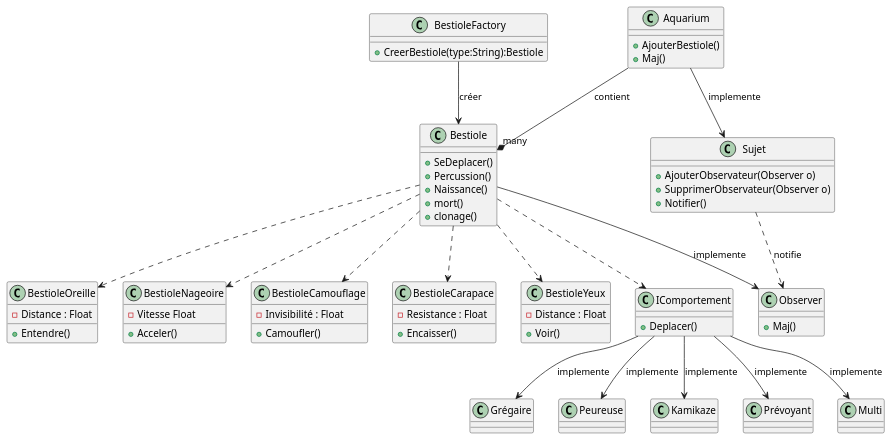
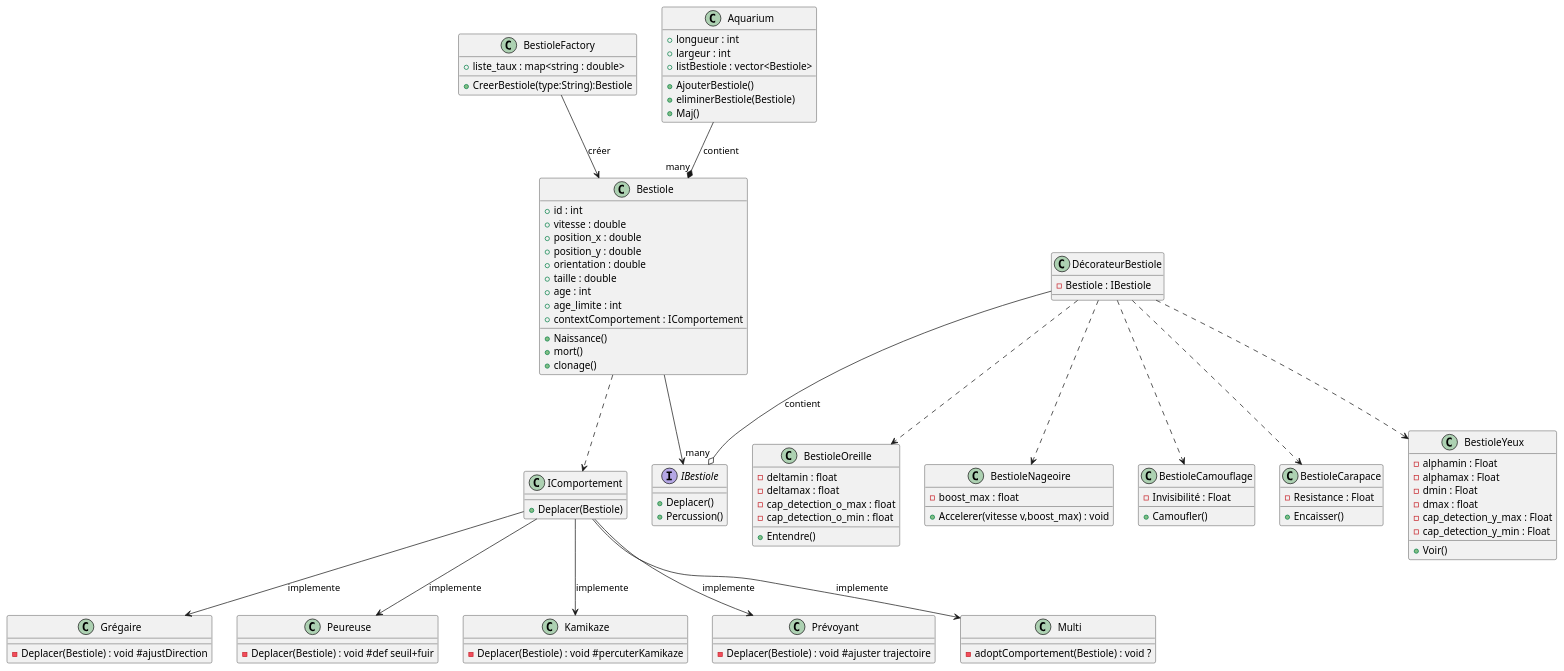
Before and after one commit to Faberra57/BE: the diagram in diagramme.puml, drawn with PlantUML.

Commit message:
uml chqngements

```diff
--- a/diagramme.puml
+++ b/diagramme.puml
@@ -1,98 +1,121 @@
-@startuml
+@startuml dd
 
 class BestioleFactory {
+  + liste_taux : map<string : double>
+
   + CreerBestiole(type:String):Bestiole
 }
 
 class Bestiole {
-  + SeDeplacer()
-  + Percussion()
-  + Naissance()
-  + mort()
-  + clonage()
+    + id : int
+    + vitesse : double
+    + position_x : double
+    + position_y : double
+    + orientation : double
+    + taille : double
+    + age : int
+    + age_limite : int
+    + Naissance()
+    + mort()
+    + clonage()
+    + contextComportement : IComportement
 }
 
 class Aquarium {
+ + longueur : int
+ + largeur : int
+ + listBestiole : vector<Bestiole>
+
  +AjouterBestiole()
+ +eliminerBestiole(Bestiole)
  +Maj()
 }
 
-class Sujet {
-    +AjouterObservateur(Observer o)
-    +SupprimerObservateur(Observer o)
-    +Notifier()
+class BestioleOreille {
+    - deltamin : float
+    - deltamax : float
+    - cap_detection_o_max : float
+    - cap_detection_o_min : float
+    + Entendre()
 }
 
-class Observer {
-  +Maj()
-}
-
-class BestioleOreille {
-    -Distance : Float
-    +Entendre()
-}
-
-class BestioleNageoire {
-    -Vitesse Float  
-    +Acceler()
+class BestioleNageoire {  
+    - boost_max : float
+    + Accelerer(vitesse v,boost_max) : void
 }
 
 class BestioleCamouflage {
   - Invisibilité : Float
   + Camoufler()
 }
 
 class BestioleCarapace {
   - Resistance : Float
   + Encaisser()
 }
 
 class BestioleYeux {
-  - Distance : Float
+  - alphamin : Float
+  - alphamax : Float
+  - dmin : Float
+  - dmax : float
+  - cap_detection_y_max : Float
+  - cap_detection_y_min : Float
   + Voir()
 }
 
 class IComportement {
-  + Deplacer()
+  + Deplacer(Bestiole)
 }
 
 class Grégaire {
+    -Deplacer(Bestiole) : void #ajustDirection
 
 }
 
 class Peureuse{
+    -Deplacer(Bestiole) : void #def seuil+fuir
 
 }
 
 class Kamikaze{
+    -Deplacer(Bestiole) : void #percuterKamikaze
+}
+
+class Prévoyant{
+    -Deplacer(Bestiole) : void #ajuster trajectoire
 
 }
 
-class Prévoyant{
+Interface IBestiole{
+  +Deplacer()
+  +Percussion()
+}
 
+class DécorateurBestiole{
+  - Bestiole : IBestiole 
 }
 
 class Multi{
-
+    -adoptComportement(Bestiole) : void ?
 }
 
 BestioleFactory --> Bestiole : créer
-Bestiole ..> BestioleOreille
-Bestiole ..> BestioleNageoire
-Bestiole ..> BestioleCamouflage
-Bestiole ..> BestioleCarapace
-Bestiole ..> BestioleYeux
-Bestiole --> Observer: implemente
+DécorateurBestiole ..> BestioleOreille
+DécorateurBestiole ..> BestioleNageoire
+DécorateurBestiole ..> BestioleCamouflage
+DécorateurBestiole ..> BestioleCarapace
+DécorateurBestiole ..> BestioleYeux
 Bestiole ..> IComportement
 
 IComportement --> Grégaire: implemente
 IComportement --> Peureuse: implemente
 IComportement --> Kamikaze: implemente
 IComportement --> Prévoyant: implemente
 IComportement --> Multi: implemente
+Bestiole --> IBestiole
 
 Aquarium --* "many" Bestiole : contient
-Aquarium --> Sujet : implemente
-Sujet ..> Observer : notifie
+DécorateurBestiole --o "many" IBestiole : contient
 
 @enduml
```
